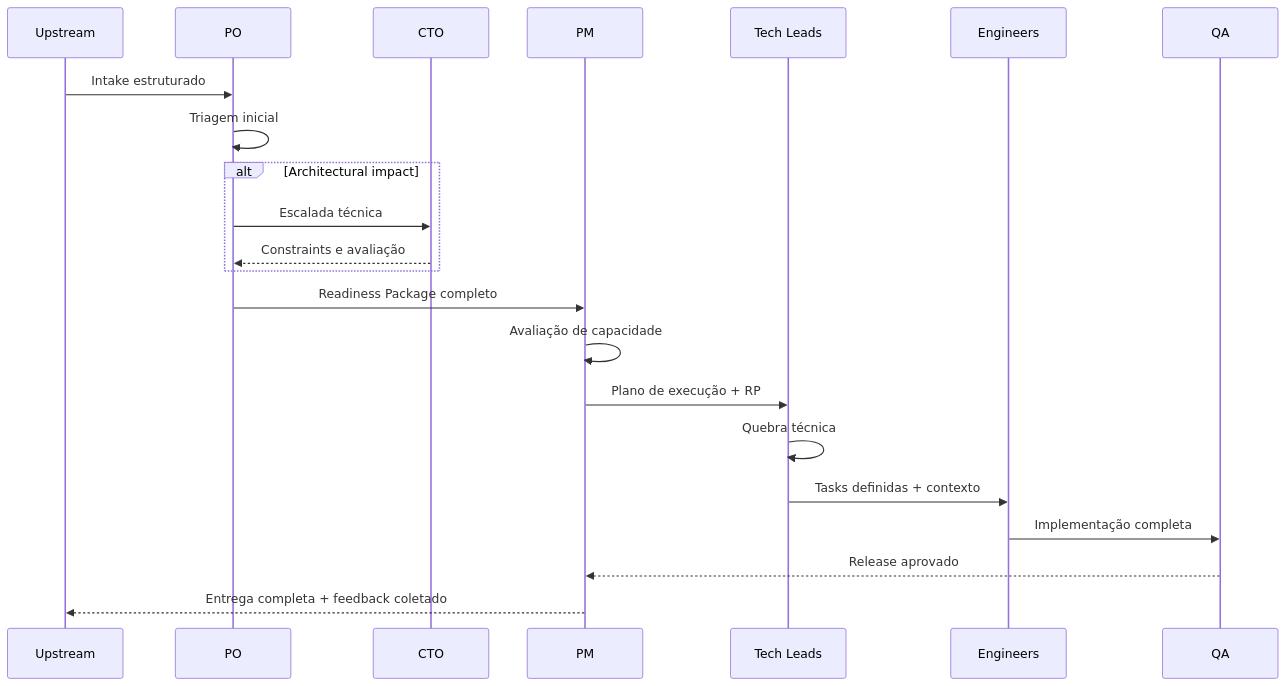
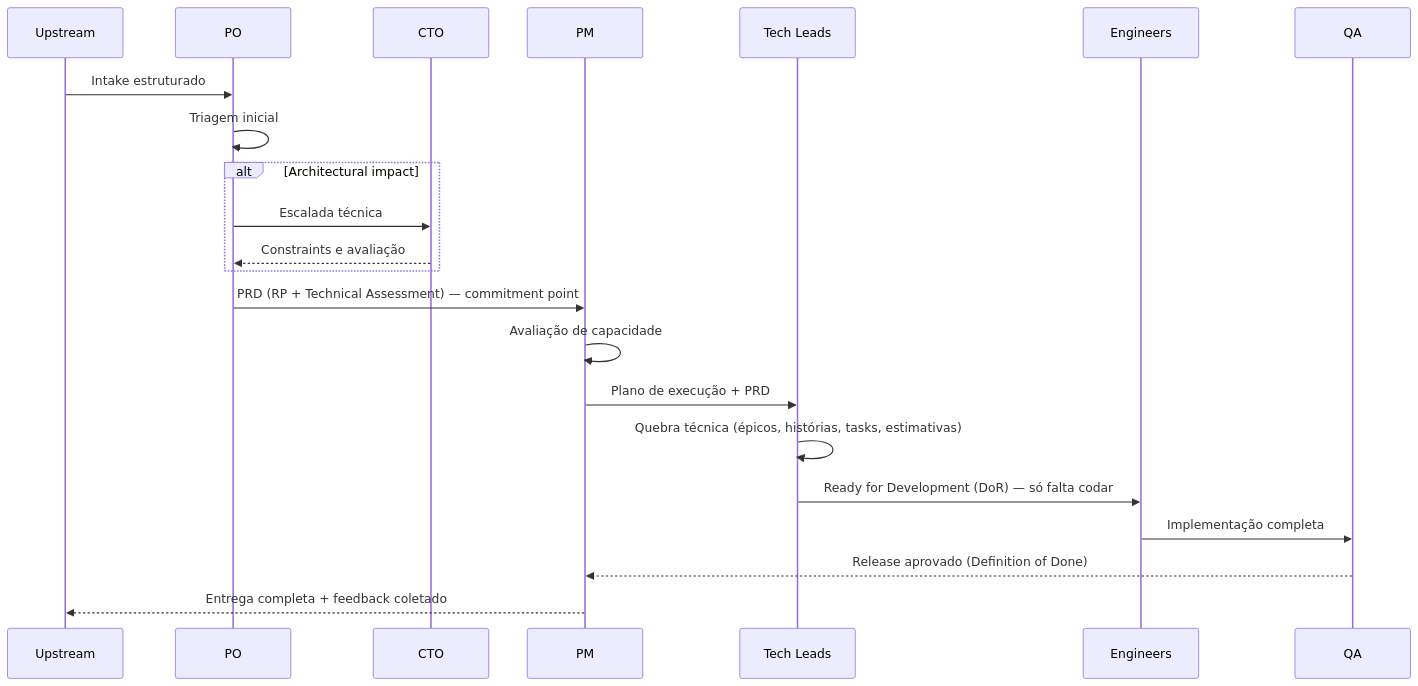
One commit to hugo-hsbtech/teamwork-process changed the eighth of 11 diagrams in README.md. Above: the diagram before and after it, drawn with Mermaid. The commit also changed other lines of this file and 15 other files, not shown here.

First line of the commit message:
docs: alinha modelo ao commitment point (RP→PRD) e separa Technical Assessment (#2)

````diff
--- a/README.md
+++ b/README.md
@@ -392,25 +412,25 @@
 ```mermaid
 sequenceDiagram
     participant UP as Upstream
     participant PO as PO
     participant CTO as CTO
     participant PM as PM
     participant TL as Tech Leads
     participant ENG as Engineers
     participant QA as QA
 
     UP->>PO: Intake estruturado
     PO->>PO: Triagem inicial
     alt Architectural impact
         PO->>CTO: Escalada técnica
         CTO-->>PO: Constraints e avaliação
     end
-    PO->>PM: Readiness Package completo
+    PO->>PM: PRD (RP + Technical Assessment) — commitment point
     PM->>PM: Avaliação de capacidade
-    PM->>TL: Plano de execução + RP
-    TL->>TL: Quebra técnica
-    TL->>ENG: Tasks definidas + contexto
+    PM->>TL: Plano de execução + PRD
+    TL->>TL: Quebra técnica (épicos, histórias, tasks, estimativas)
+    TL->>ENG: Ready for Development (DoR) — só falta codar
     ENG->>QA: Implementação completa
-    QA-->>PM: Release aprovado
+    QA-->>PM: Release aprovado (Definition of Done)
     PM-->>UP: Entrega completa + feedback coletado
 ```
````
